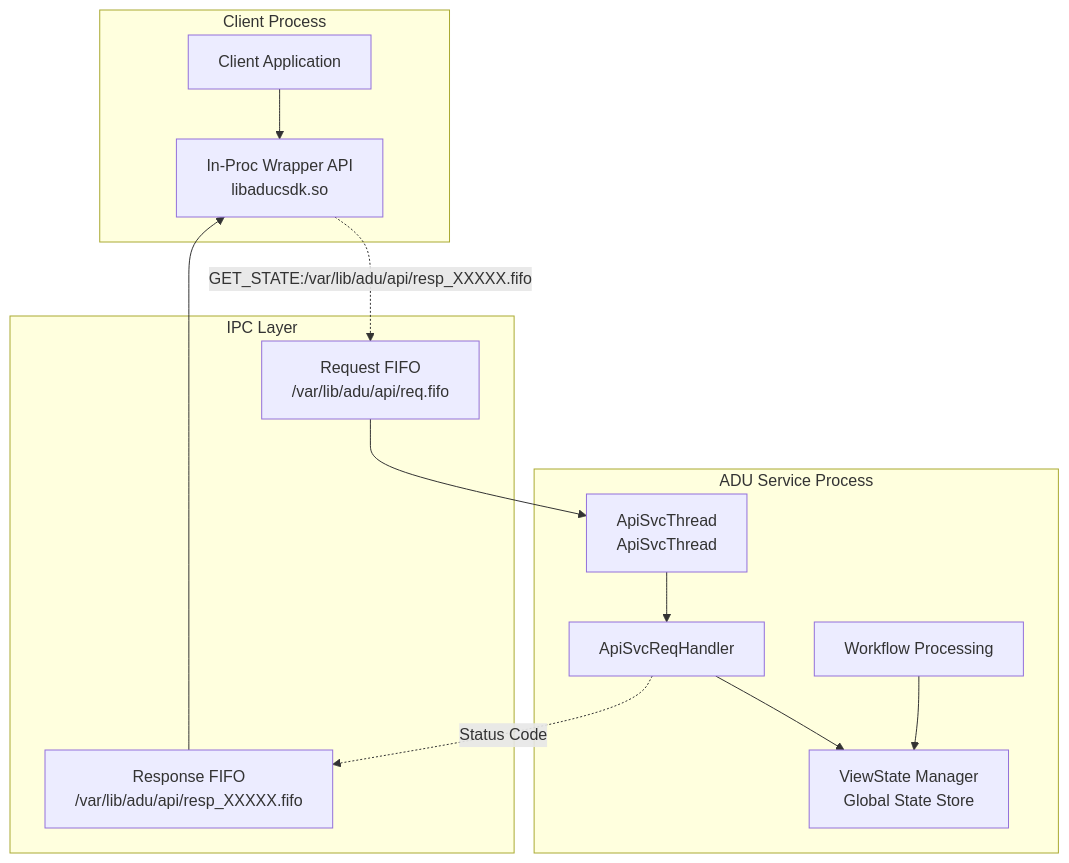
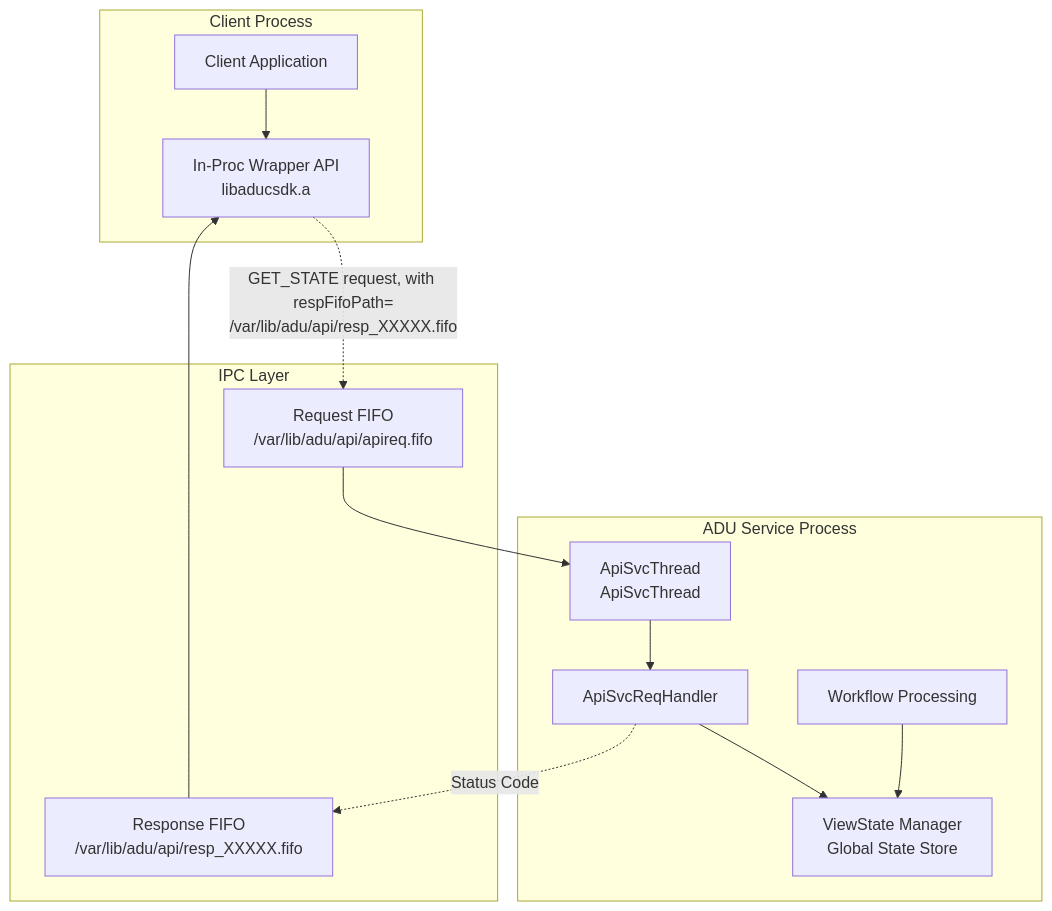
The third of 4 diagrams in docs/agent-reference/GetAduServiceStatus.md (Azure/iot-hub-device-update), drawn with Mermaid before and after one commit. The commit also changed other lines of this file and 8 other files, not shown here.

````diff
--- a/docs/agent-reference/GetAduServiceStatus.md
+++ b/docs/agent-reference/GetAduServiceStatus.md
@@ -255,31 +259,31 @@
 ```mermaid
 
 graph TB
     subgraph "Client Process"
         CA[Client Application]
-        IW[In-Proc Wrapper API<br/>libaducsdk.so]
+        IW[In-Proc Wrapper API<br/>libaducsdk.a]
         CA --> IW
     end
 
     subgraph "ADU Service Process"
         CL[ApiSvcThread<br/>ApiSvcThread]
         VSM[ViewState Manager<br/>Global State Store]
         WF[Workflow Processing]
         CH[ApiSvcReqHandler]
 
         WF --> VSM
         CL --> CH
         CH --> VSM
     end
 
     subgraph "IPC Layer"
-        RF[Request FIFO<br/>/var/lib/adu/api/req.fifo]
+        RF[Request FIFO<br/>/var/lib/adu/api/apireq.fifo]
         RSF[Response FIFO<br/>/var/lib/adu/api/resp_XXXXX.fifo]
     end
 
-    IW -.->|"GET_STATE:/var/lib/adu/api/resp_XXXXX.fifo"| RF
+    IW -.->|"GET_STATE request, with respFifoPath=<br/>/var/lib/adu/api/resp_XXXXX.fifo"| RF
     RF --> CL
     CH -.->|"Status Code"| RSF
     RSF --> IW
 
 ```
````
